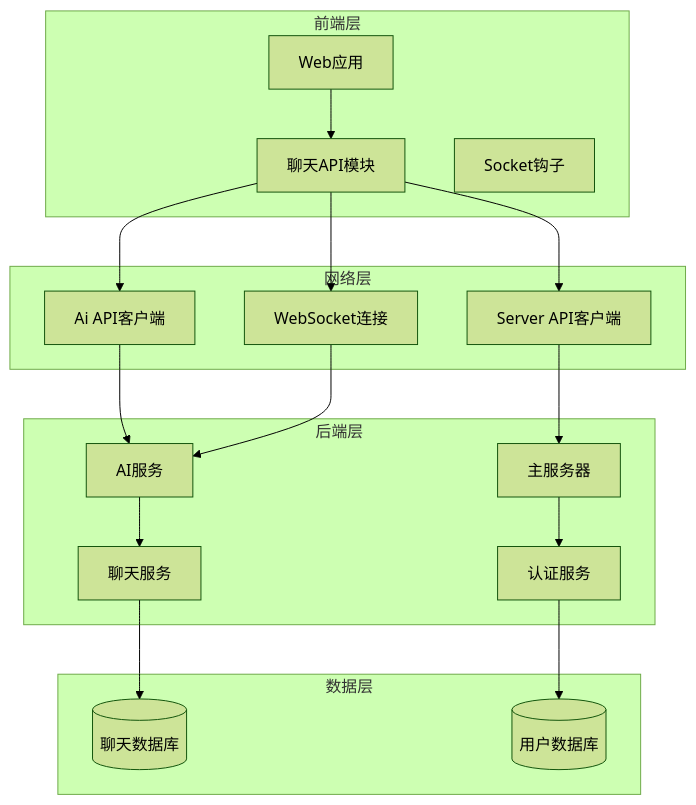
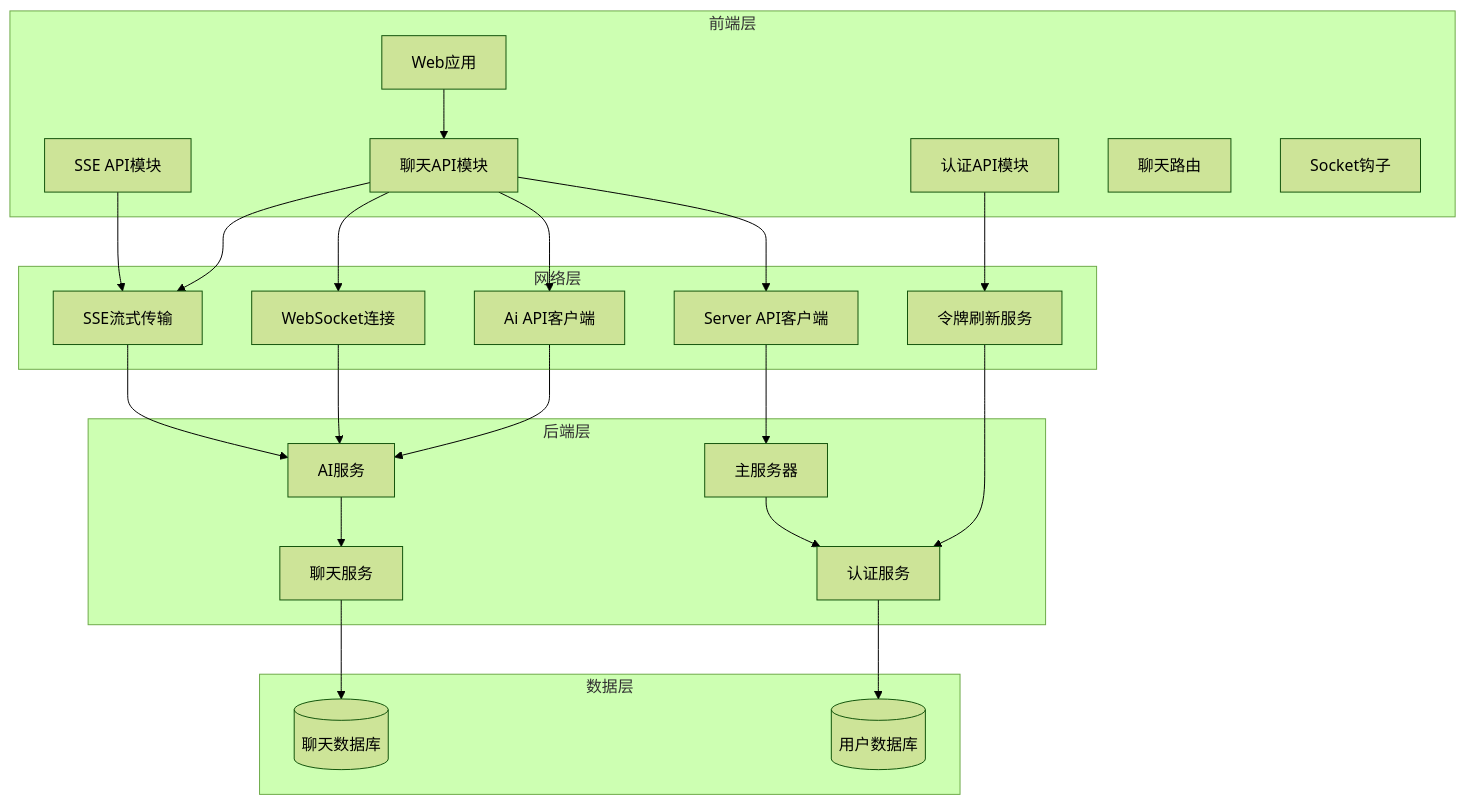
Before and after one commit to LihaoZDB/English-Study: the second of 5 diagrams in .qoder/repowiki/zh/content/聊天管理模块.md, drawn with Mermaid (forest theme). The commit also changed other lines of this file and 5 other files, not shown here.

````diff
--- a/.qoder/repowiki/zh/content/聊天管理模块.md
+++ b/.qoder/repowiki/zh/content/聊天管理模块.md
@@ -102,34 +137,44 @@
 ```mermaid
 graph TB
 subgraph "前端层"
 WebApp[Web应用]
 ChatAPI[聊天API模块]
+SSEAPI[SSE API模块]
+AuthAPI[认证API模块]
+Router[聊天路由]
 SocketHook[Socket钩子]
 end
 subgraph "网络层"
 ServerAPI[Server API客户端]
 AIAPI[Ai API客户端]
 WebSocket[WebSocket连接]
+SSE[SSE流式传输]
+RefreshToken[令牌刷新服务]
 end
 subgraph "后端层"
 MainServer[主服务器]
 AIServer[AI服务]
 AuthServer[认证服务]
 ChatServer[聊天服务]
 end
 subgraph "数据层"
 ChatDB[(聊天数据库)]
 UserDB[(用户数据库)]
 end
 WebApp --> ChatAPI
 ChatAPI --> ServerAPI
 ChatAPI --> AIAPI
 ChatAPI --> WebSocket
+ChatAPI --> SSE
+SSEAPI --> SSE
+AuthAPI --> RefreshToken
 ServerAPI --> MainServer
 AIAPI --> AIServer
 WebSocket --> AIServer
+SSE --> AIServer
+RefreshToken --> AuthServer
 AIServer --> ChatServer
 ChatServer --> ChatDB
 MainServer --> AuthServer
 AuthServer --> UserDB
 ```
````
